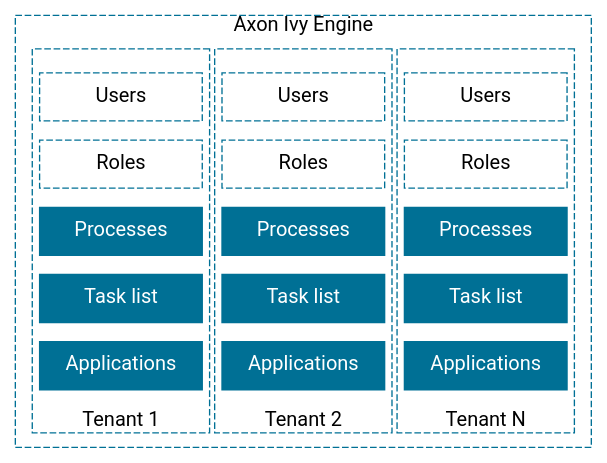
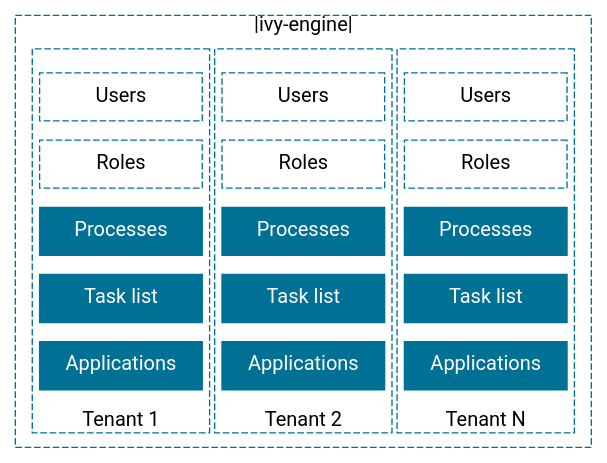
One commit to bernhardAxonIvy/doc changed the diagram in source/concepts/multi-tenancy/multiple-security-systems.dot. Above: the diagram before and after it, drawn with Graphviz. The commit also changed 18 other files, not shown here.

```diff
--- a/source/concepts/multi-tenancy/multiple-security-systems.dot
+++ b/source/concepts/multi-tenancy/multiple-security-systems.dot
@@ -1,31 +1,31 @@
 digraph engine {
   layout=neato;
 
   node [shape=box, height="0.8", width="2", color="#007095", style=filled, fixedsize="true", margin=0, 
         fontname="Roboto,Helvetica Neue,Arial,sans-serif", fontcolor="white", fontsize=15
        ]; 
     
   /* nodes */
-  engine [ label="Axon Ivy Engine", pos="0,0!" width=6 height=4.5 style="dashed" fontcolor="black" labelloc="t"];
+  engine [ label="|ivy-engine|", pos="0,0!" width=6 height=4.5 style="dashed" fontcolor="black" labelloc="t"];
 
   tenant1 [ label="Tenant 1", pos="-1.9,-0.1!" width=1.85 height=4.0 style="dashed" fontcolor="black" labelloc="b"];
   users1 [ label="Users", pos="-1.9,1.4!" width=1.7 height=0.5 style="dashed" fontcolor="black"];
   roles1 [ label="Roles", pos="-1.9,0.7!" width=1.7 height=0.5 style="dashed" fontcolor="black"];
   processes1 [ label="Processes", pos="-1.9,0.0!" width=1.7 height=0.5 ];
   tasklist1 [ label="Task list", pos="-1.9,-0.7!" width=1.7 height=0.5 ];
   applications1 [ label="Applications", pos="-1.9,-1.4!" width=1.7 height=0.5 ];
 
   tenant2 [ label="Tenant 2", pos="0,-0.1!" width=1.85 height=4.0 style="dashed" fontcolor="black" labelloc="b"];
   users2 [ label="Users", pos="0.0,1.4!" width=1.7 height=0.5 style="dashed" fontcolor="black"];
   roles2 [ label="Roles", pos="0.0,0.7!" width=1.7 height=0.5 style="dashed" fontcolor="black"];
   processes2 [ label="Processes", pos="0.0,0.0!" width=1.7 height=0.5 ];
   tasklist2 [ label="Task list", pos="0.0,-0.7!" width=1.7 height=0.5 ];
   applications2 [ label="Applications", pos="0.0,-1.4!" width=1.7 height=0.5 ];
 
   tenantN [ label="Tenant N", pos="1.9,-0.1!" width=1.85 height=4.0 style="dashed" fontcolor="black" labelloc="b"];
   usersN [ label="Users", pos="1.9,1.4!" width=1.7 height=0.5 style="dashed" fontcolor="black"];
   rolesN [ label="Roles", pos="1.9,0.7!" width=1.7 height=0.5 style="dashed" fontcolor="black"];
   processesN [ label="Processes", pos="1.9,0.0!" width=1.7 height=0.5 ];
   tasklistN [ label="Task list", pos="1.9,-0.7!" width=1.7 height=0.5 ];
   applicationsN [ label="Applications", pos="1.9,-1.4!" width=1.7 height=0.5 ];
 }
```
